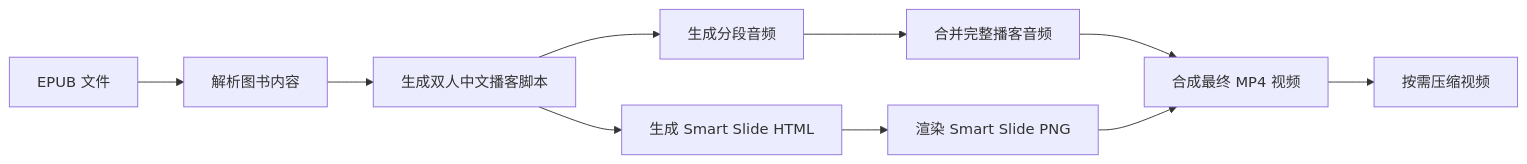
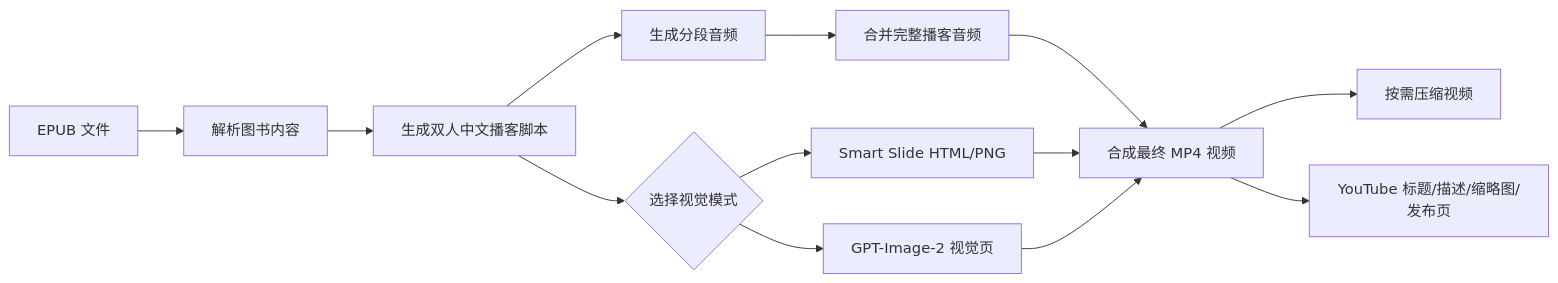
The diagram in epub2podcast/README.md (dracohu2025-cloud/draco-skills-collection), drawn with Mermaid before and after one commit. The commit also changed other lines of this file and 42 other files, not shown here.

Commit message:
feat: update epub2podcast GPT image workflow

````diff
--- a/epub2podcast/README.md
+++ b/epub2podcast/README.md
@@ -78,12 +79,15 @@
 ```mermaid
 flowchart LR
     A[EPUB 文件] --> B[解析图书内容]
     B --> C[生成双人中文播客脚本]
     C --> D[生成分段音频]
     D --> E[合并完整播客音频]
-    C --> F[生成 Smart Slide HTML]
-    F --> G[渲染 Smart Slide PNG]
+    C --> F{选择视觉模式}
+    F --> G[Smart Slide HTML/PNG]
+    F --> J[GPT-Image-2 视觉页]
     E --> H[合成最终 MP4 视频]
     G --> H
+    J --> H
     H --> I[按需压缩视频]
+    H --> K[YouTube 标题/描述/缩略图/发布页]
 ```
````
